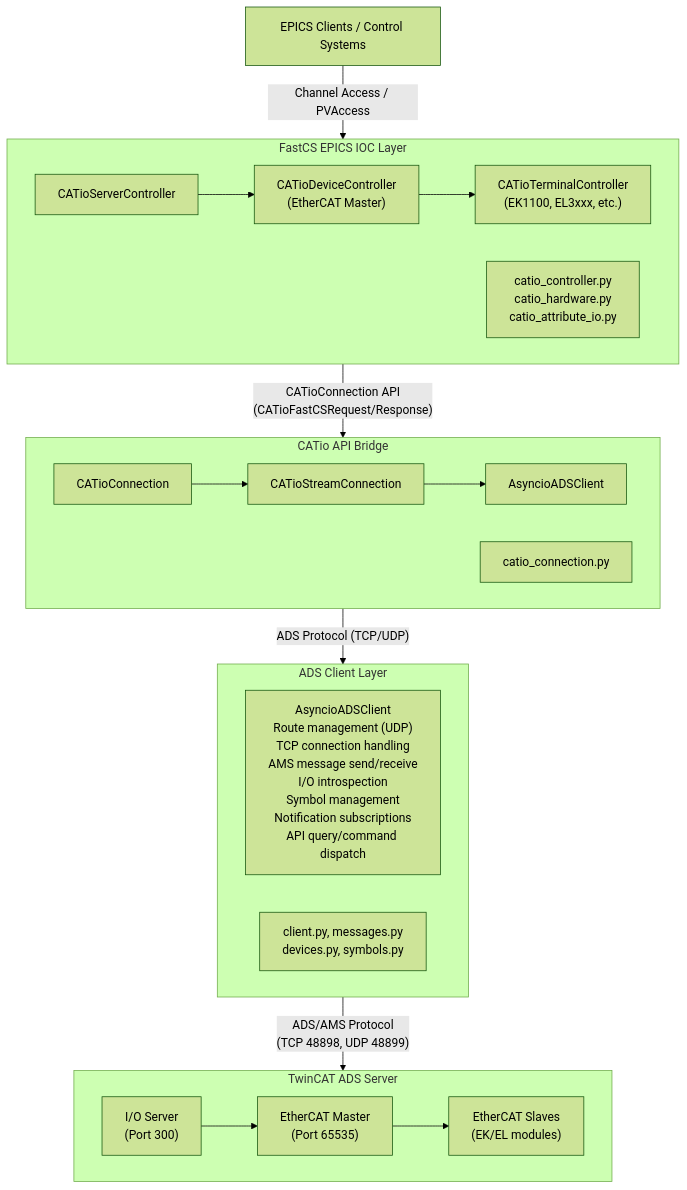
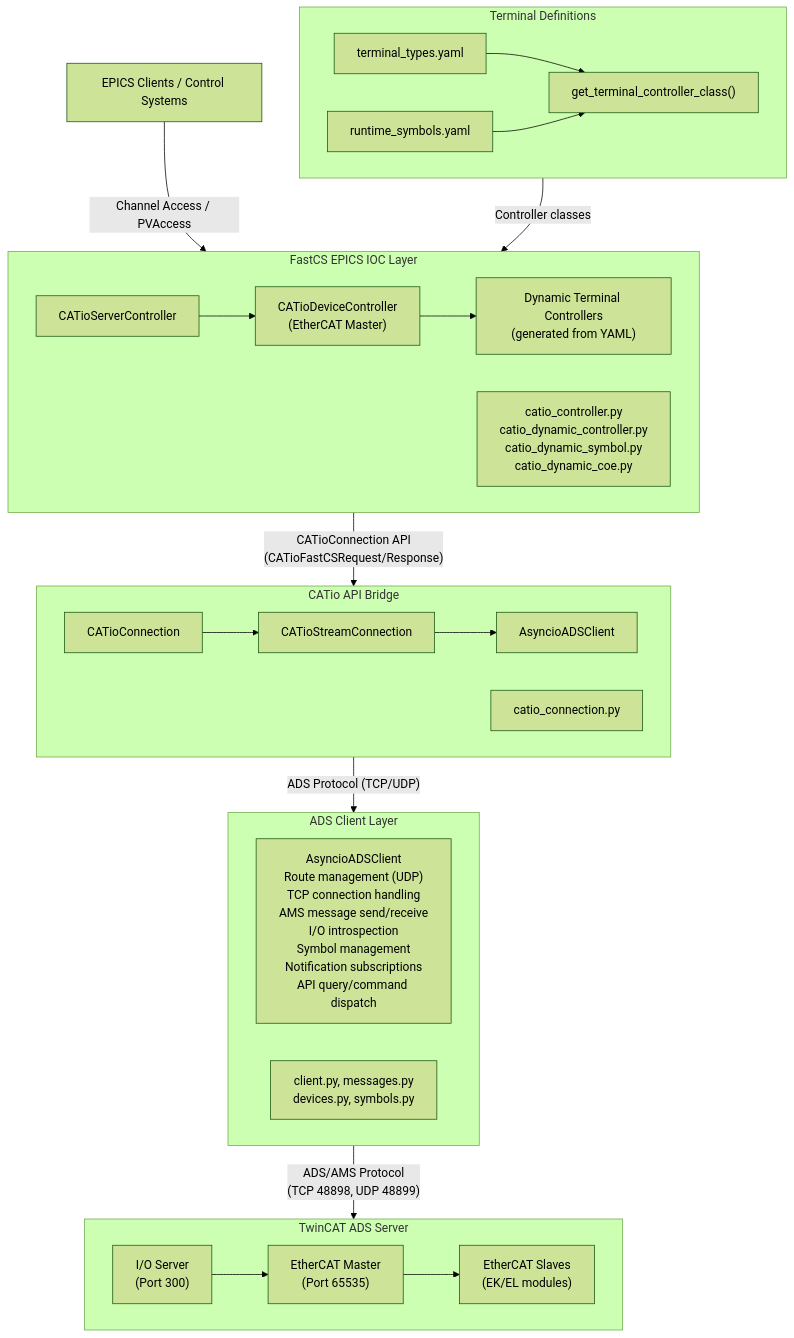
The first of 2 diagrams in docs/explanations/architecture-overview.md (DiamondLightSource/fastcs-catio), drawn with Mermaid (forest theme) before and after one commit. The commit also changed other lines of this file, not shown here.

First line of the commit message:
Update architecture-overview.md to document dynamic controller generation

````diff
--- a/docs/explanations/architecture-overview.md
+++ b/docs/explanations/architecture-overview.md
@@ -10,32 +10,39 @@
 ```mermaid
 flowchart TB
     clients["EPICS Clients / Control Systems"]
 
     subgraph fastcs["FastCS EPICS IOC Layer"]
         direction LR
-        server["CATioServerController"] --> device["CATioDeviceController<br/>(EtherCAT Master)"] --> terminal["CATioTerminalController<br/>(EK1100, EL3xxx, etc.)"]
-        fastcs_files["catio_controller.py<br/>catio_hardware.py<br/>catio_attribute_io.py"]
+        server["CATioServerController"] --> device["CATioDeviceController<br/>(EtherCAT Master)"] --> terminal["Dynamic Terminal Controllers<br/>(generated from YAML)"]
+        fastcs_files["catio_controller.py<br/>catio_dynamic_controller.py<br/>catio_dynamic_symbol.py<br/>catio_dynamic_coe.py"]
+    end
+
+    subgraph yamldef["Terminal Definitions"]
+        direction LR
+        yaml["terminal_types.yaml"] --> dynamic["get_terminal_controller_class()"]
+        runtime["runtime_symbols.yaml"] --> dynamic
     end
 
     subgraph bridge["CATio API Bridge"]
         direction LR
         conn["CATioConnection"] --> stream["CATioStreamConnection"] --> adsbridge["AsyncioADSClient"]
         bridge_files["catio_connection.py"]
     end
 
     subgraph adslayer["ADS Client Layer"]
         direction LR
         adsclient["AsyncioADSClient<br/>Route management (UDP)<br/>TCP connection handling<br/>AMS message send/receive<br/>I/O introspection<br/>Symbol management<br/>Notification subscriptions<br/>API query/command dispatch"]
         ads_files["client.py, messages.py<br/>devices.py, symbols.py"]
     end
 
     subgraph twincat["TwinCAT ADS Server"]
         direction LR
         ioserver["I/O Server<br/>(Port 300)"] --> master["EtherCAT Master<br/>(Port 65535)"] --> slaves["EtherCAT Slaves<br/>(EK/EL modules)"]
     end
 
     clients -->|"Channel Access / PVAccess"| fastcs
+    yamldef -->|"Controller classes"| fastcs
     fastcs -->|"CATioConnection API<br/>(CATioFastCSRequest/Response)"| bridge
     bridge -->|"ADS Protocol (TCP/UDP)"| adslayer
     adslayer -->|"ADS/AMS Protocol<br/>(TCP 48898, UDP 48899)"| twincat
 ```
````
